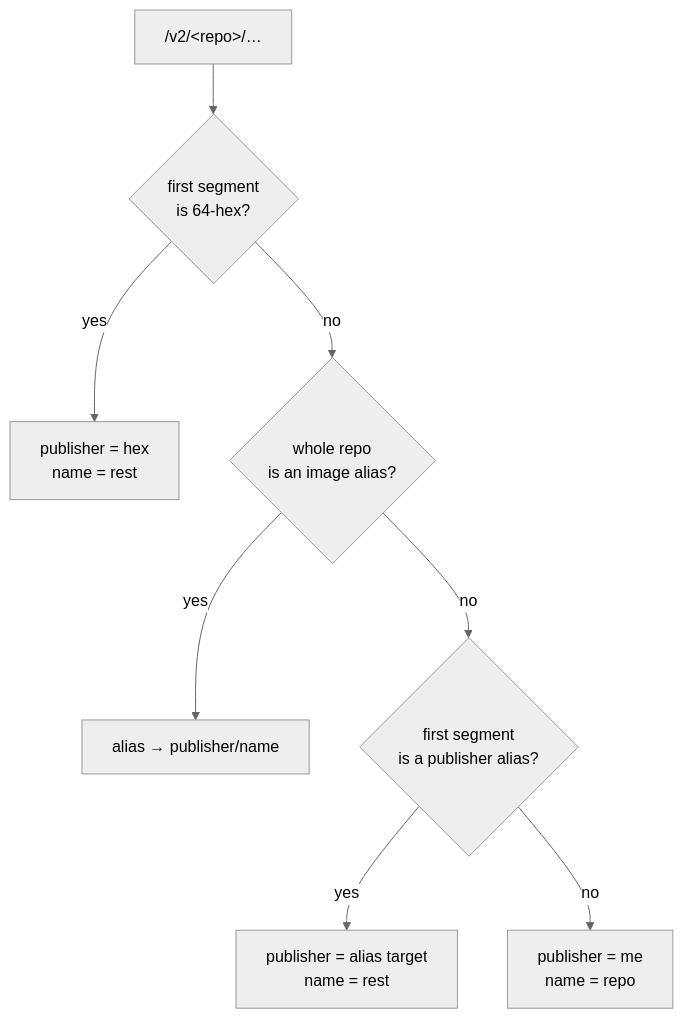
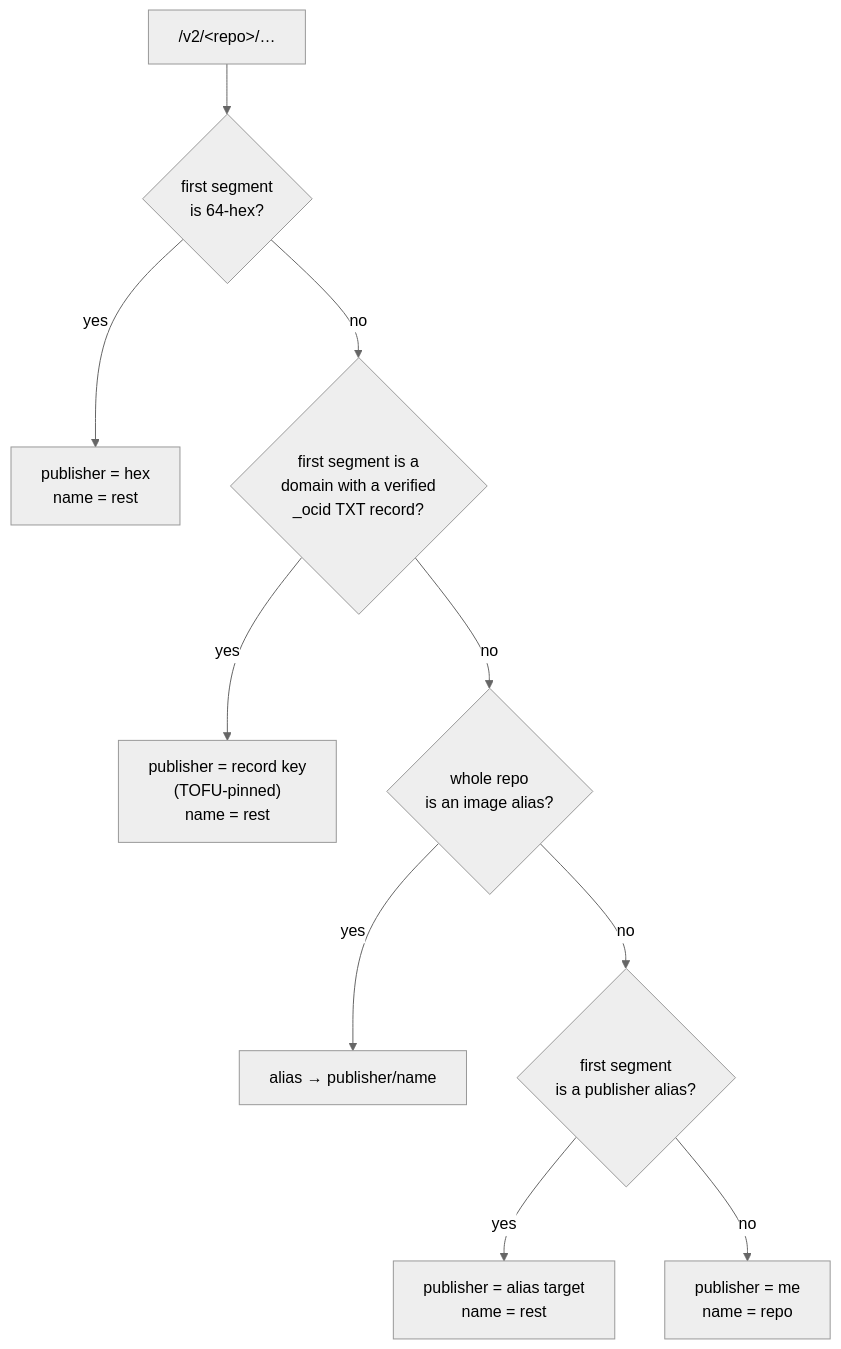
The third of 10 diagrams in docs/DESIGN.md (safonas/ocid), drawn with Mermaid (neutral theme) before and after one commit. The commit also changed other lines of this file and 21 other files, not shown here.

First line of the commit message:
feat: DNS publisher records + daemon resolution (human names, gh#16) (#96)

````diff
--- a/docs/DESIGN.md
+++ b/docs/DESIGN.md
@@ -86,10 +86,12 @@
 ```mermaid
 flowchart TD
     in["/v2/&lt;repo&gt;/…"] --> q1{"first segment<br/>is 64-hex?"}
     q1 -- yes --> explicit["publisher = hex<br/>name = rest"]
-    q1 -- no --> q2{"whole repo<br/>is an image alias?"}
+    q1 -- no --> q0{"first segment is a<br/>domain with a verified<br/>_ocid TXT record?"}
+    q0 -- yes --> dns["publisher = record key<br/>(TOFU-pinned)<br/>name = rest"]
+    q0 -- no --> q2{"whole repo<br/>is an image alias?"}
     q2 -- yes --> ialias["alias → publisher/name"]
     q2 -- no --> q3{"first segment<br/>is a publisher alias?"}
     q3 -- yes --> palias["publisher = alias target<br/>name = rest"]
     q3 -- no --> me["publisher = me<br/>name = repo"]
 ```
````
